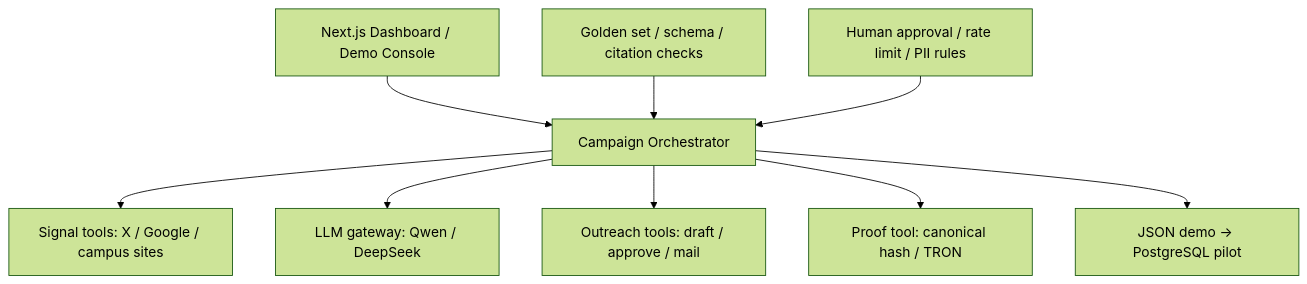
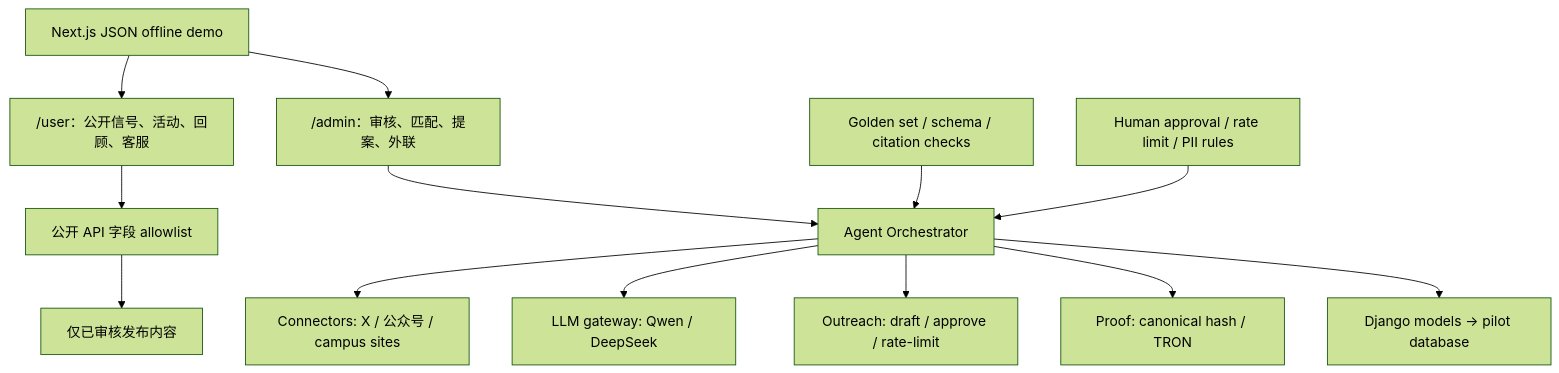
The second of 3 diagrams in docs/quickstart-background.md (LuBryant/ClawTree), drawn with Mermaid (forest theme) before and after one commit. The commit also changed other lines of this file and 26 other files, not shown here.

````diff
--- a/docs/quickstart-background.md
+++ b/docs/quickstart-background.md
@@ -97,11 +106,15 @@
 ```mermaid
 flowchart TB
-    UI["Next.js Dashboard / Demo Console"] --> ORCH["Campaign Orchestrator"]
-    ORCH --> S1["Signal tools: X / Google / campus sites"]
+    USER["/user：公开信号、活动、回顾、客服"] --> API["公开 API 字段 allowlist"]
+    ADMIN["/admin：审核、匹配、提案、外联"] --> ORCH["Agent Orchestrator"]
+    API --> PUB["仅已审核发布内容"]
+    ORCH --> S1["Connectors: X / 公众号 / campus sites"]
     ORCH --> S2["LLM gateway: Qwen / DeepSeek"]
-    ORCH --> S3["Outreach tools: draft / approve / mail"]
-    ORCH --> S4["Proof tool: canonical hash / TRON"]
-    ORCH --> DB["JSON demo → PostgreSQL pilot"]
+    ORCH --> S3["Outreach: draft / approve / rate-limit"]
+    ORCH --> S4["Proof: canonical hash / TRON"]
+    ORCH --> DB["Django models → pilot database"]
+    FIX["Next.js JSON offline demo"] --> USER
+    FIX --> ADMIN
     EVAL["Golden set / schema / citation checks"] --> ORCH
     GUARD["Human approval / rate limit / PII rules"] --> ORCH
 ```
````
